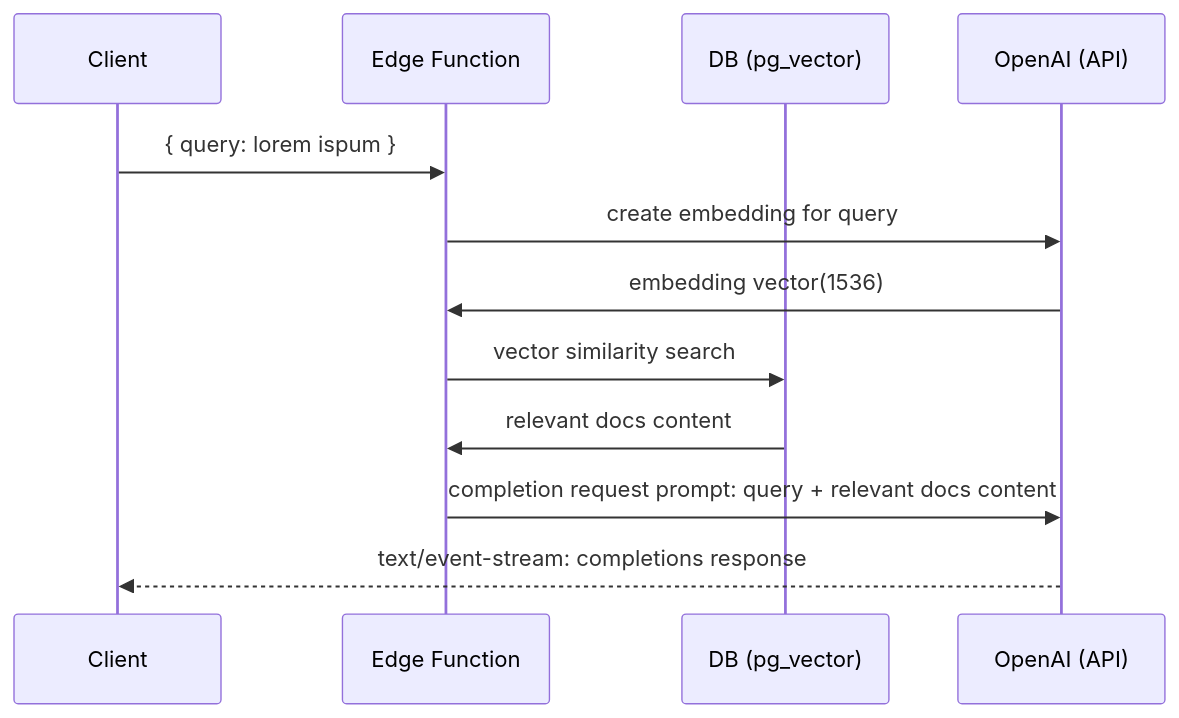
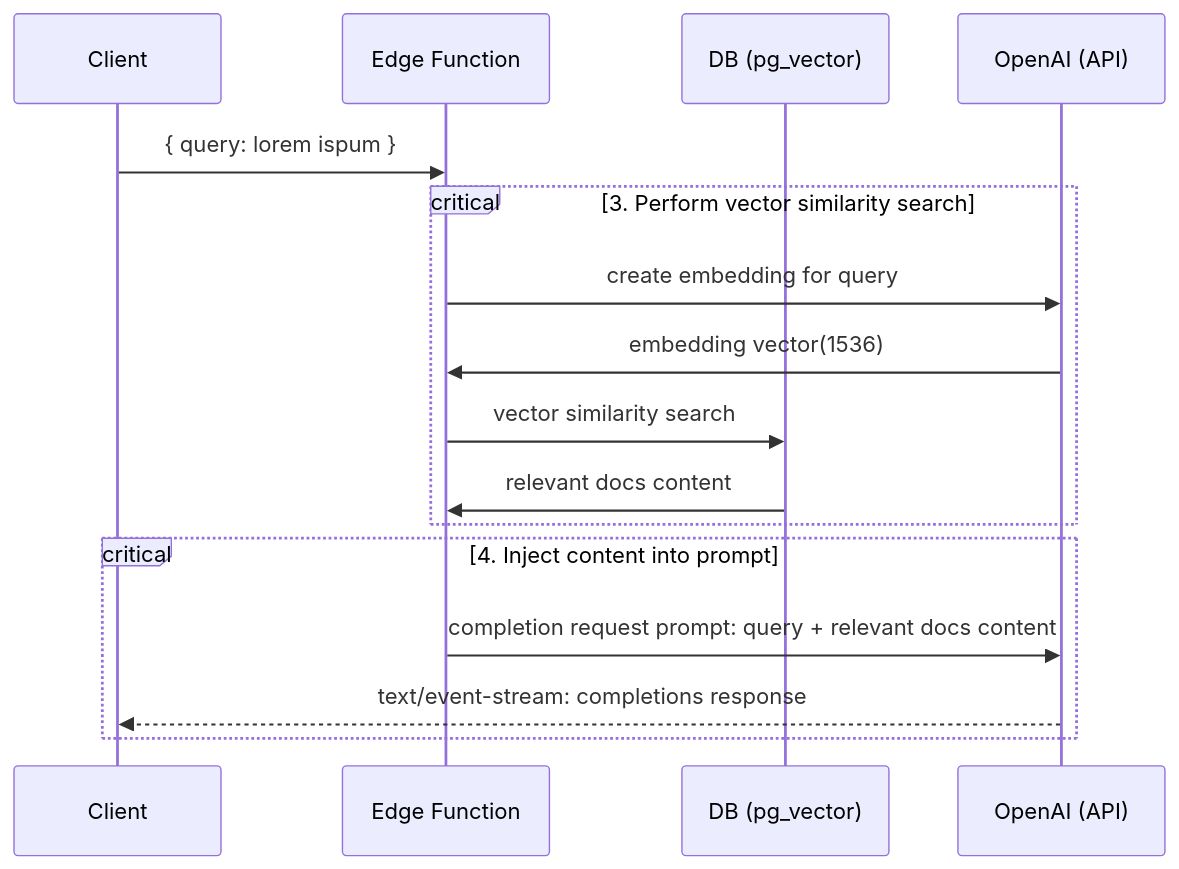
The second of 2 diagrams in README.md (supabase-community/nextjs-openai-doc-search), drawn with Mermaid before and after one commit. The commit also changed other lines of this file and 1 other file, not shown here.

````diff
--- a/README.md
+++ b/README.md
@@ -33,14 +35,18 @@
 ```mermaid
 sequenceDiagram
     participant Client
     participant Edge Function
     participant DB (pg_vector)
     participant OpenAI (API)
     Client->>Edge Function: { query: lorem ispum }
-    Edge Function->>OpenAI (API): create embedding for query
-    OpenAI (API)->>Edge Function: embedding vector(1536)
-    Edge Function->>DB (pg_vector): vector similarity search
-    DB (pg_vector)->>Edge Function: relevant docs content
-    Edge Function->>OpenAI (API): completion request prompt: query + relevant docs content
-    OpenAI (API)-->>Client: text/event-stream: completions response
+    critical 3. Perform vector similarity search
+        Edge Function->>OpenAI (API): create embedding for query
+        OpenAI (API)->>Edge Function: embedding vector(1536)
+        Edge Function->>DB (pg_vector): vector similarity search
+        DB (pg_vector)->>Edge Function: relevant docs content
+    end
+    critical 4. Inject content into prompt
+        Edge Function->>OpenAI (API): completion request prompt: query + relevant docs content
+        OpenAI (API)-->>Client: text/event-stream: completions response
+    end
 ```
````
